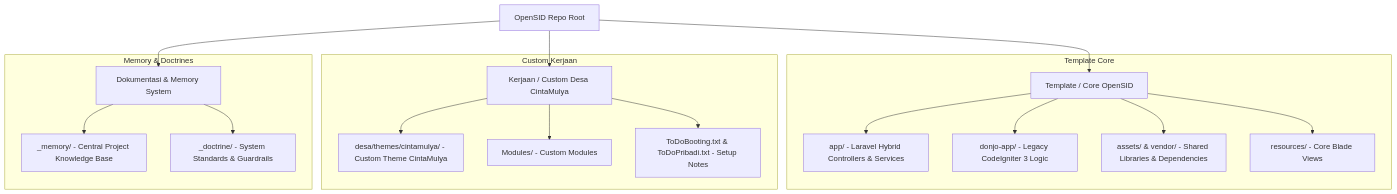
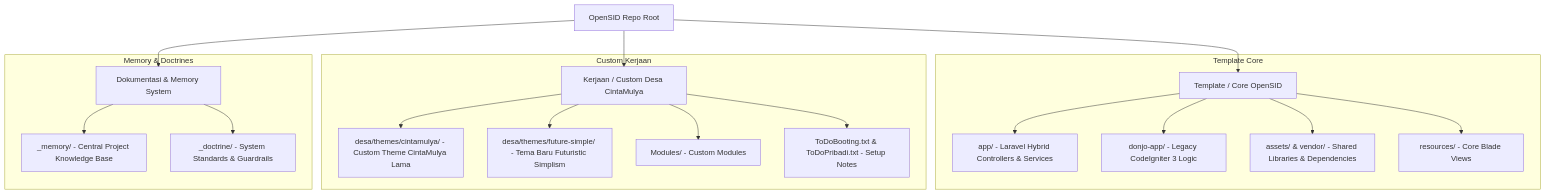
The diagram in _memory/INDEX.md (ClaraaMon0o0/Cintamulya), drawn with Mermaid before and after one commit. The commit also changed other lines of this file and 154 other files, not shown here.

````diff
--- a/_memory/INDEX.md
+++ b/_memory/INDEX.md
@@ -7,24 +7,25 @@
 ```mermaid
 graph TD
     A[OpenSID Repo Root] --> B[Template / Core OpenSID]
     A --> C[Kerjaan / Custom Desa CintaMulya]
     A --> D[Dokumentasi & Memory System]
 
     subgraph Template Core
         B --> B1[app/ - Laravel Hybrid Controllers & Services]
         B --> B2[donjo-app/ - Legacy CodeIgniter 3 Logic]
         B --> B3[assets/ & vendor/ - Shared Libraries & Dependencies]
         B --> B4[resources/ - Core Blade Views]
     end
 
     subgraph Custom Kerjaan
-        C --> C1[desa/themes/cintamulya/ - Custom Theme CintaMulya]
+        C --> C1[desa/themes/cintamulya/ - Custom Theme CintaMulya Lama]
+        C --> C1b[desa/themes/future-simple/ - Tema Baru Futuristic Simplism]
         C --> C2[Modules/ - Custom Modules]
         C --> C3[ToDoBooting.txt & ToDoPribadi.txt - Setup Notes]
     end
 
     subgraph Memory & Doctrines
         D --> D1[_memory/ - Central Project Knowledge Base]
         D --> D2[_doctrine/ - System Standards & Guardrails]
     end
 ```
````
